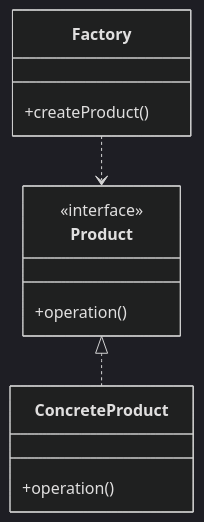
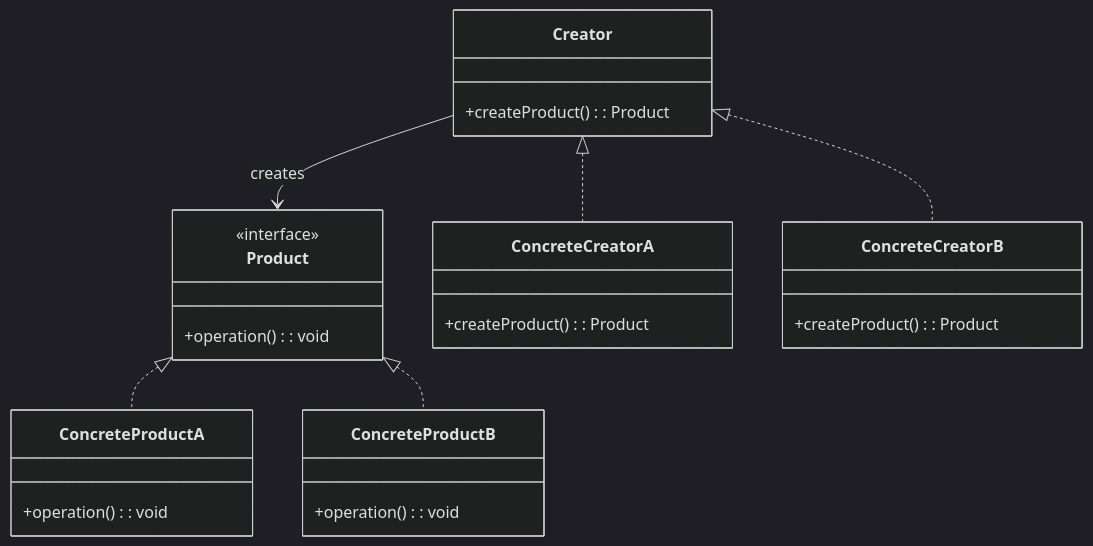
Before and after one commit to VrejHambardzumyan/DesignPatterns: the diagram in FactoryPattern.md, drawn with Mermaid (dark theme).

Commit message:
FactoryPattern.md

````diff
--- a/FactoryPattern.md
+++ b/FactoryPattern.md
@@ -127,16 +127,34 @@
 ```mermaid
 classDiagram
- class Factory {
-        +createProduct()
-    }
     class Product {
         <<interface>>
-        +operation()
+        +operation(): void
     }
-    class ConcreteProduct {
-        +operation()
+
+    class ConcreteProductA {
+        +operation(): void
     }
-    Factory ..> Product
-    Product <|.. ConcreteProduct
+
+    class ConcreteProductB {
+        +operation(): void
+    }
+
+    class Creator {
+        +createProduct(): Product
+    }
+
+    class ConcreteCreatorA {
+        +createProduct(): Product
+    }
+
+    class ConcreteCreatorB {
+        +createProduct(): Product
+    }
+
+    Product <|.. ConcreteProductA
+    Product <|.. ConcreteProductB
+    Creator <|.. ConcreteCreatorA
+    Creator <|.. ConcreteCreatorB
+    Creator --> Product: creates
 
 ```
````
